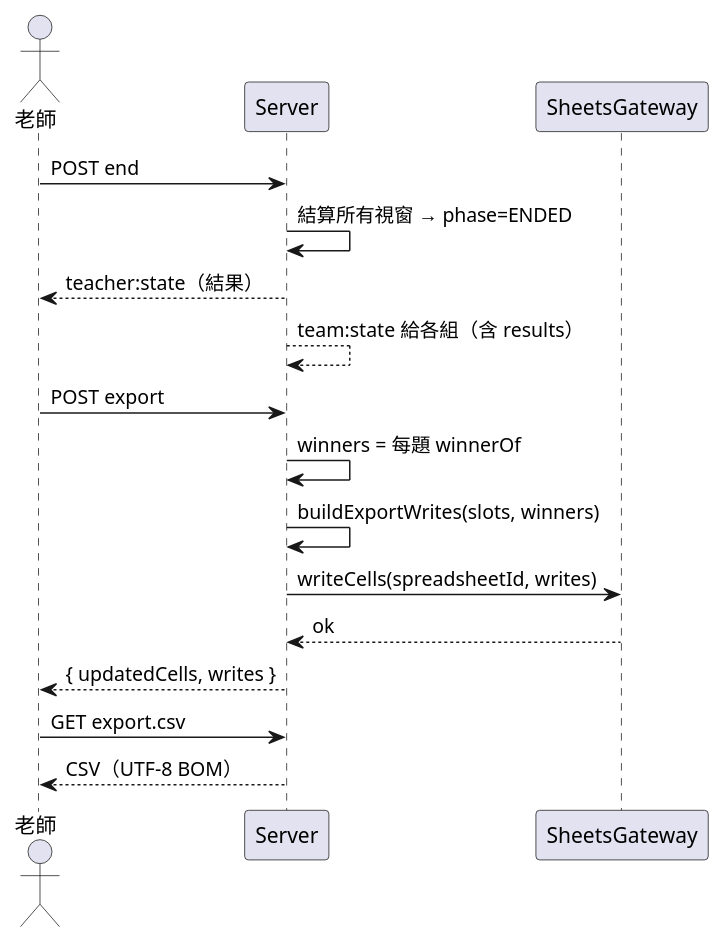
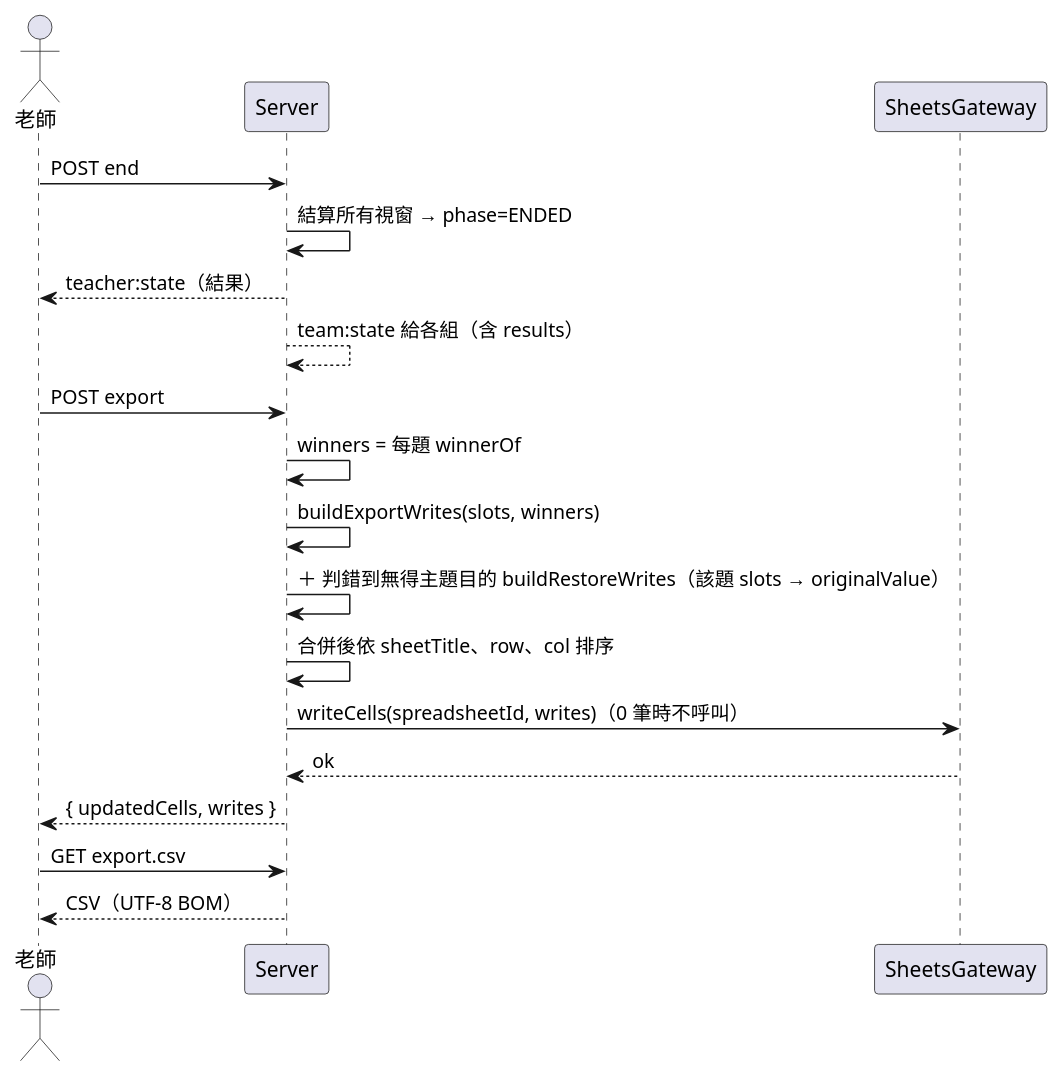
The sixth of 6 diagrams in docs/TECH_SPEC.md (mkj-mkj/SE_Final_Project_SpecKit), drawn with PlantUML before and after one commit. The commit also changed other lines of this file and 2 other files, not shown here.

````diff
--- a/docs/TECH_SPEC.md
+++ b/docs/TECH_SPEC.md
@@ -1105,19 +1107,21 @@
 ```plantuml
 @startuml export
 actor 老師 as T
 participant Server as SV
 participant "SheetsGateway" as G
 T -> SV : POST end
 SV -> SV : 結算所有視窗 → phase=ENDED
 SV --> T : teacher:state（結果）
 SV --> SV : team:state 給各組（含 results）
 T -> SV : POST export
 SV -> SV : winners = 每題 winnerOf
 SV -> SV : buildExportWrites(slots, winners)
-SV -> G : writeCells(spreadsheetId, writes)
+SV -> SV : ＋ 判錯到無得主題目的 buildRestoreWrites（該題 slots → originalValue）
+SV -> SV : 合併後依 sheetTitle、row、col 排序
+SV -> G : writeCells(spreadsheetId, writes)（0 筆時不呼叫）
 G --> SV : ok
 SV --> T : { updatedCells, writes }
 T -> SV : GET export.csv
 SV --> T : CSV（UTF-8 BOM）
 @enduml
 ```
````
